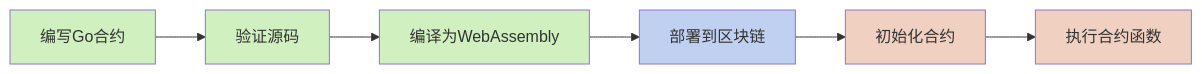
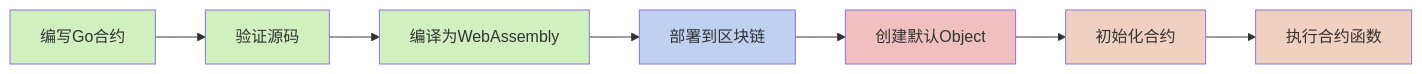
The first of 6 diagrams in docs/wasm_contract_execution.md (govm-net/vm), drawn with Mermaid before and after one commit. The commit also changed other lines of this file and 51 other files, not shown here.

````diff
--- a/docs/wasm_contract_execution.md
+++ b/docs/wasm_contract_execution.md
@@ -9,15 +9,17 @@
 ```mermaid
 flowchart LR
     A[编写Go合约] --> B[验证源码]
     B --> C[编译为WebAssembly]
     C --> D[部署到区块链]
-    D --> E[初始化合约]
-    E --> F[执行合约函数]
+    D --> E1[创建默认Object]
+    E1 --> E2[初始化合约]
+    E2 --> F[执行合约函数]
     
     style A fill:#d0f0c0
     style B fill:#d0f0c0
     style C fill:#d0f0c0
     style D fill:#c0d0f0
-    style E fill:#f0d0c0
+    style E1 fill:#f0c0c0
+    style E2 fill:#f0d0c0
     style F fill:#f0d0c0
 ```
````
